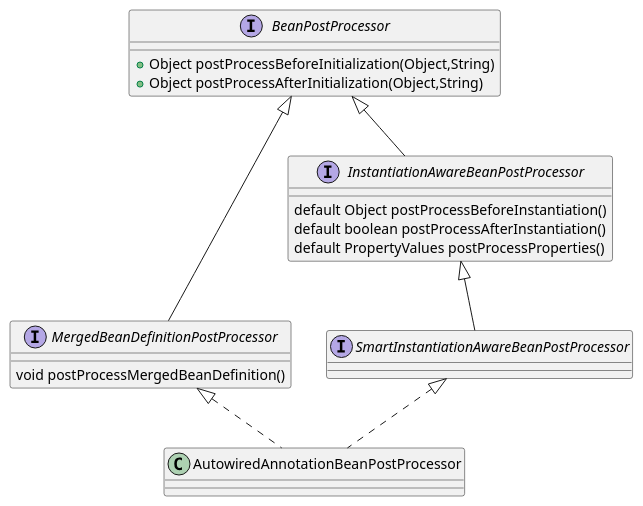
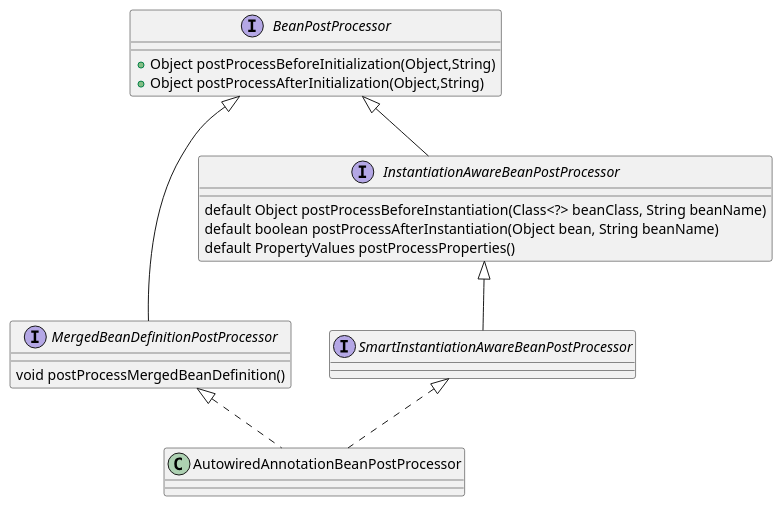
One commit to kevinwang930/kevinwang930.github.io changed the fourth of 13 diagrams in content/post/java/spring/spring/index.md. Above: the diagram before and after it, drawn with PlantUML. The commit also changed other lines of this file and 6 other files, not shown here.

````diff
--- a/content/post/java/spring/spring/index.md
+++ b/content/post/java/spring/spring/index.md
@@ -125,17 +130,17 @@
 ```plantuml
 interface BeanPostProcessor {
 + Object postProcessBeforeInitialization(Object,String)
 + Object postProcessAfterInitialization(Object,String)
 }
 
 interface MergedBeanDefinitionPostProcessor extends BeanPostProcessor  {
     void postProcessMergedBeanDefinition()
 }
 interface InstantiationAwareBeanPostProcessor extends BeanPostProcessor {
-    default Object postProcessBeforeInstantiation()
-    default boolean postProcessAfterInstantiation()
+    default Object postProcessBeforeInstantiation(Class<?> beanClass, String beanName)
+    default boolean postProcessAfterInstantiation(Object bean, String beanName)
     default PropertyValues postProcessProperties()
 }
 interface SmartInstantiationAwareBeanPostProcessor extends InstantiationAwareBeanPostProcessor
 class AutowiredAnnotationBeanPostProcessor implements SmartInstantiationAwareBeanPostProcessor ,MergedBeanDefinitionPostProcessor
 ```
````
